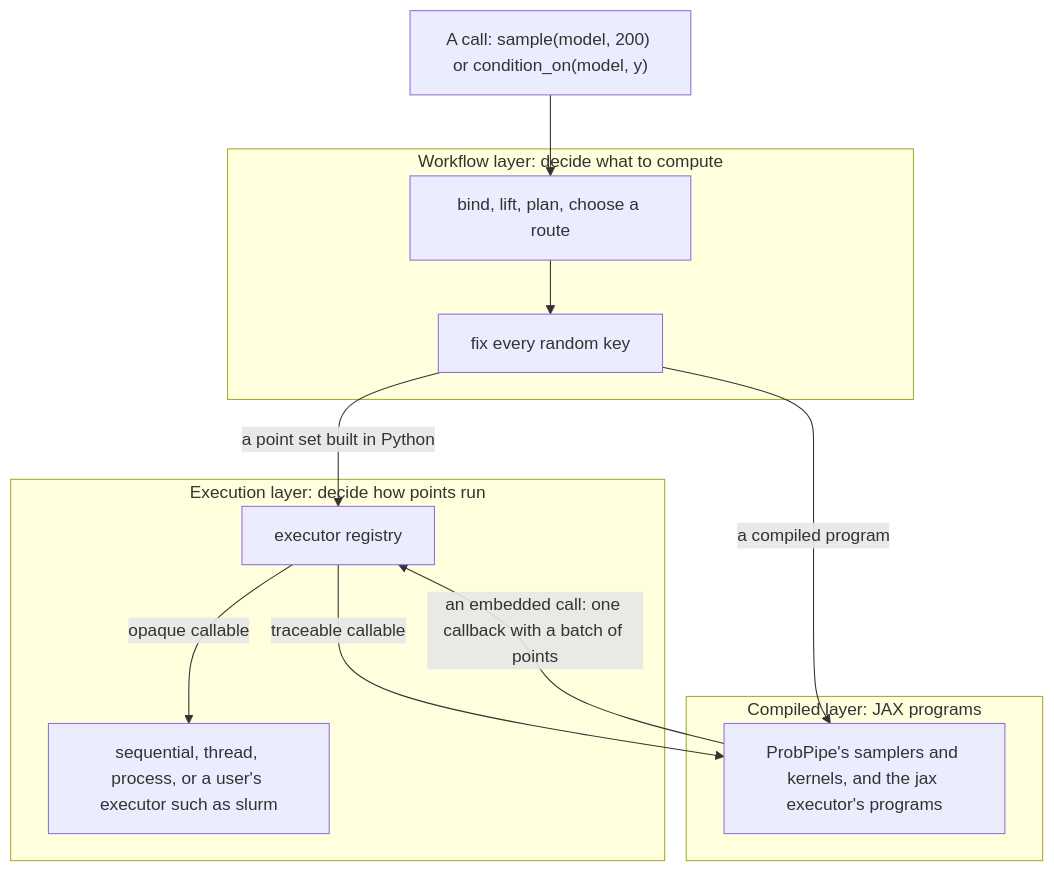
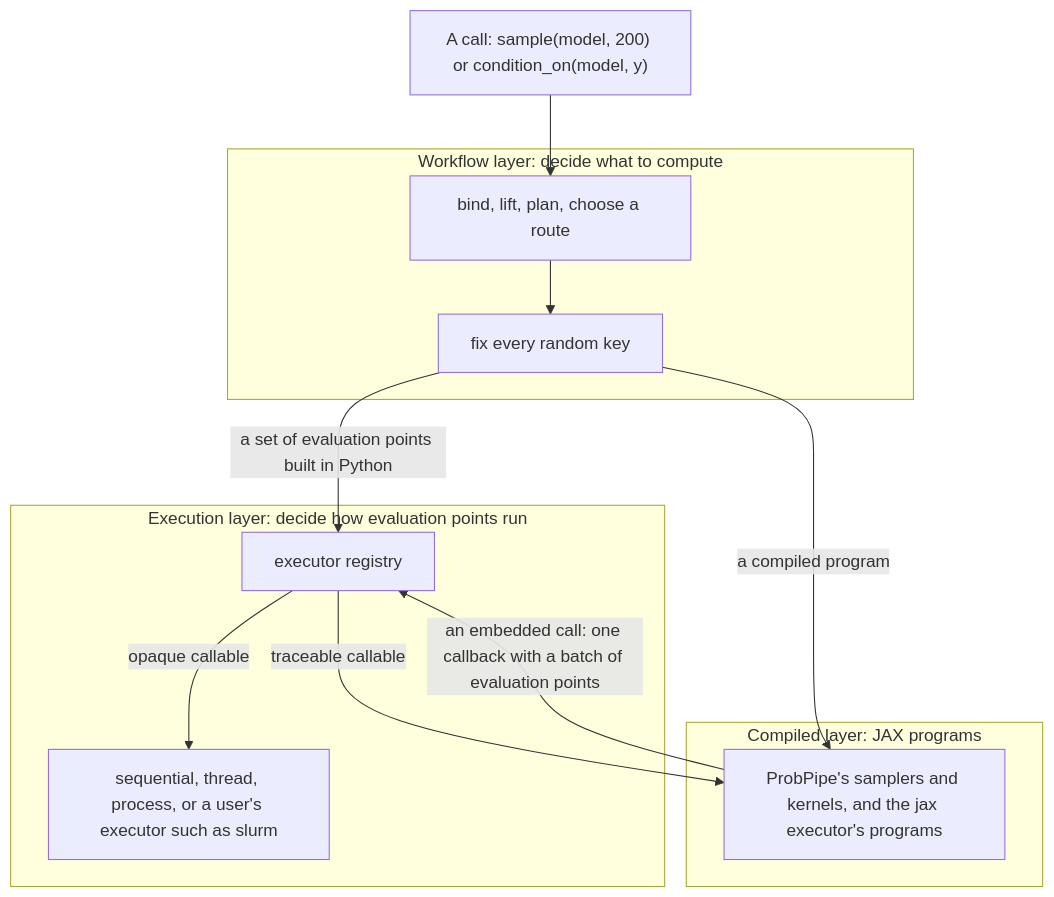
One commit to TARPS-group/prob-pipe changed the diagram in plans/execution-layer.md. Above: the diagram before and after it, drawn with Mermaid. The commit also changed other lines of this file and 7 other files, not shown here.

First line of the commit message:
docs(plans): rename point to evaluation point

````diff
--- a/plans/execution-layer.md
+++ b/plans/execution-layer.md
@@ -625,21 +627,21 @@
 ```mermaid
 flowchart TB
     req["A call: sample(model, 200) or condition_on(model, y)"]
     subgraph workflow["Workflow layer: decide what to compute"]
         plan["bind, lift, plan, choose a route"]
         keys["fix every random key"]
     end
     subgraph compiled["Compiled layer: JAX programs"]
         prog["ProbPipe's samplers and kernels, and the jax executor's programs"]
     end
-    subgraph execution["Execution layer: decide how points run"]
+    subgraph execution["Execution layer: decide how evaluation points run"]
         registry["executor registry"]
         host["sequential, thread, process, or a user's executor such as slurm"]
     end
     req --> plan --> keys
-    keys -- "a point set built in Python" --> registry
+    keys -- "a set of evaluation points built in Python" --> registry
     keys -- "a compiled program" --> prog
-    prog -- "an embedded call: one callback with a batch of points" --> registry
+    prog -- "an embedded call: one callback with a batch of evaluation points" --> registry
     registry -- "traceable callable" --> prog
     registry -- "opaque callable" --> host
 ```
````
